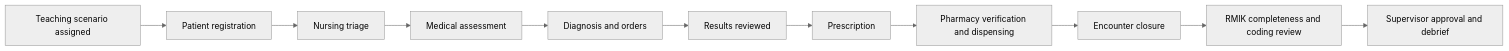
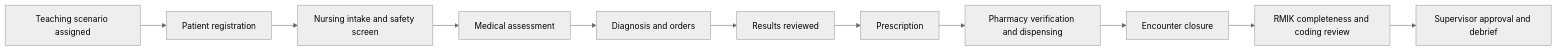
Before and after one commit to danielhappyg/simrs-campus-ueu: the diagram in docs/PROJECT_CHARTER.md, drawn with Mermaid (neutral theme). The commit also changed other lines of this file and 10 other files, not shown here.

````diff
--- a/docs/PROJECT_CHARTER.md
+++ b/docs/PROJECT_CHARTER.md
@@ -50,13 +50,13 @@
 ```mermaid
 flowchart LR
     A["Teaching scenario assigned"] --> B["Patient registration"]
-    B --> C["Nursing triage"]
+    B --> C["Nursing intake and safety screen"]
     C --> D["Medical assessment"]
     D --> E["Diagnosis and orders"]
     E --> F["Results reviewed"]
     F --> G["Prescription"]
     G --> H["Pharmacy verification and dispensing"]
     H --> I["Encounter closure"]
     I --> J["RMIK completeness and coding review"]
     J --> K["Supervisor approval and debrief"]
 ```
````
